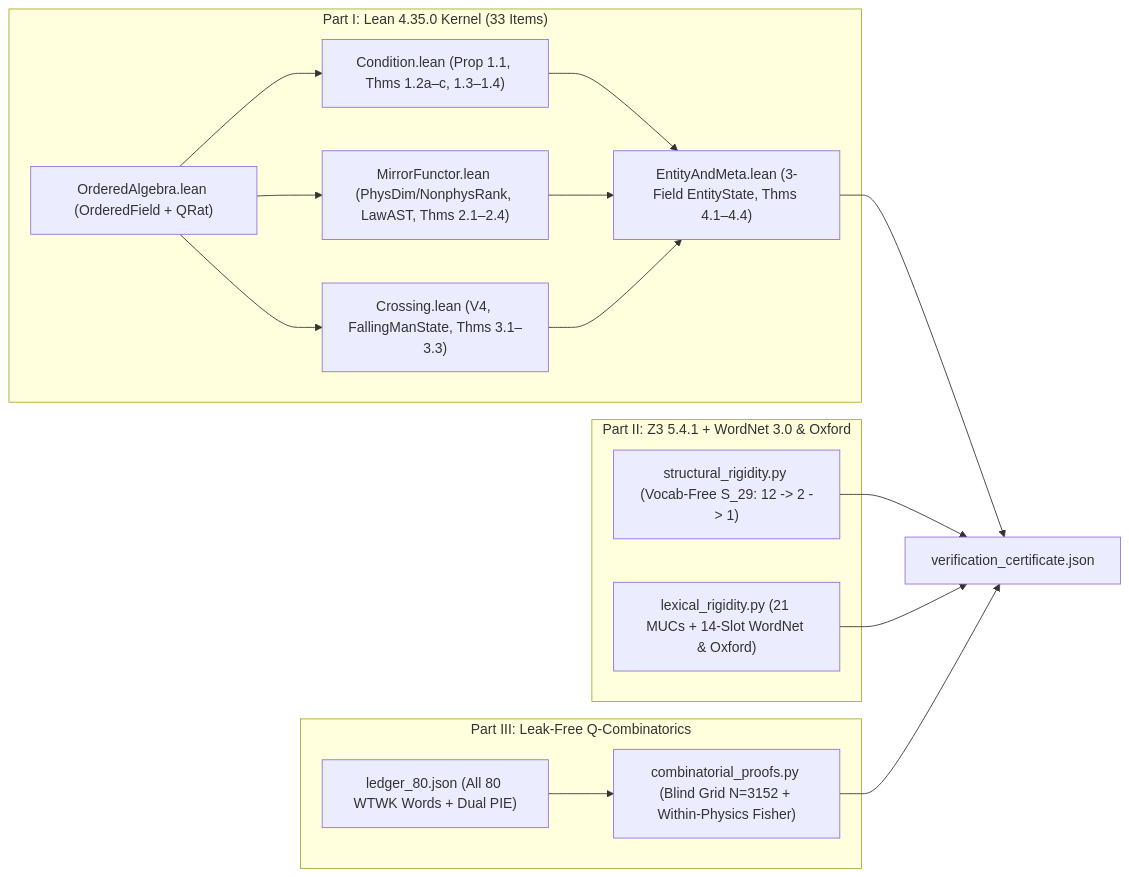
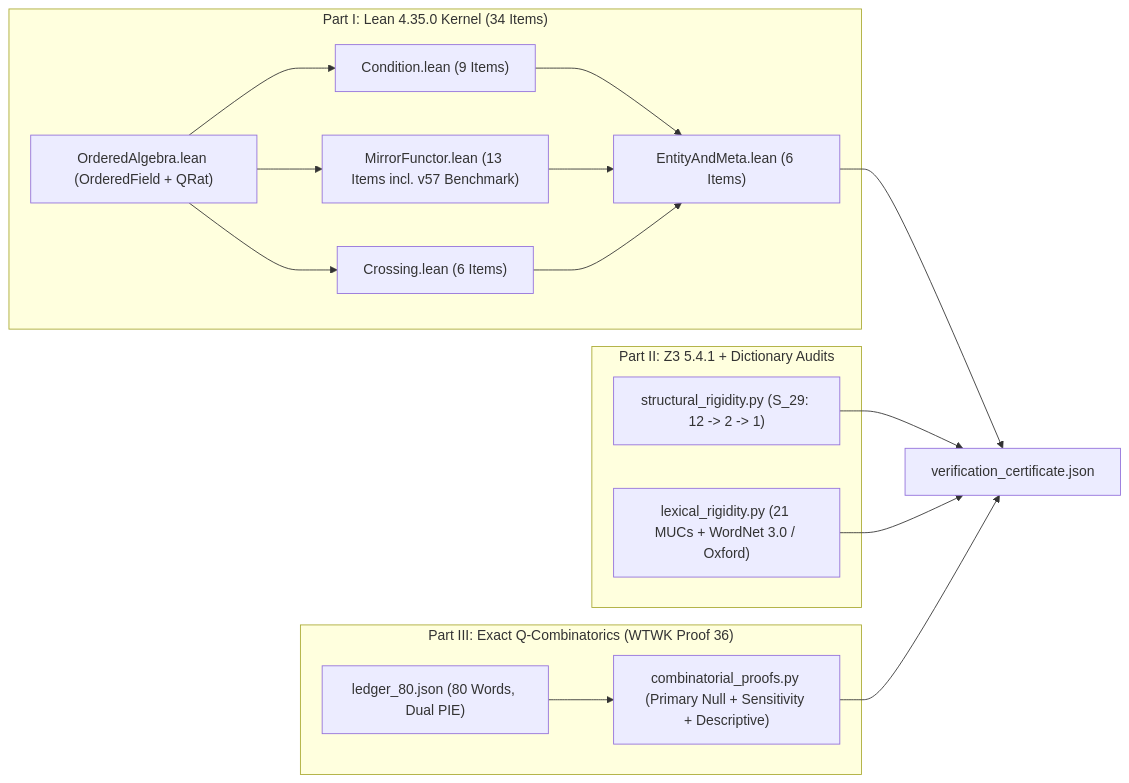
One commit to njfio/tsr changed the diagram in proof/PROOF.md. Above: the diagram before and after it, drawn with Mermaid. The commit also changed other lines of this file and 14 other files, not shown here.

````diff
--- a/proof/PROOF.md
+++ b/proof/PROOF.md
@@ -36,21 +34,21 @@
 ```mermaid
 flowchart LR
-    subgraph P1["Part I: Lean 4.35.0 Kernel (33 Items)"]
+    subgraph P1["Part I: Lean 4.35.0 Kernel (34 Items)"]
         OA["OrderedAlgebra.lean (OrderedField + QRat)"]
-        C1["Condition.lean (Prop 1.1, Thms 1.2a–c, 1.3–1.4)"]
-        C2["MirrorFunctor.lean (PhysDim/NonphysRank, LawAST, Thms 2.1–2.4)"]
-        C3["Crossing.lean (V4, FallingManState, Thms 3.1–3.3)"]
-        C4["EntityAndMeta.lean (3-Field EntityState, Thms 4.1–4.4)"]
+        C1["Condition.lean (9 Items)"]
+        C2["MirrorFunctor.lean (13 Items incl. v57 Benchmark)"]
+        C3["Crossing.lean (6 Items)"]
+        C4["EntityAndMeta.lean (6 Items)"]
         OA --> C1 & C2 & C3 --> C4
     end
-    subgraph P2["Part II: Z3 5.4.1 + WordNet 3.0 & Oxford"]
-        Z1["structural_rigidity.py (Vocab-Free S_29: 12 -> 2 -> 1)"]
-        Z2["lexical_rigidity.py (21 MUCs + 14-Slot WordNet & Oxford)"]
+    subgraph P2["Part II: Z3 5.4.1 + Dictionary Audits"]
+        Z1["structural_rigidity.py (S_29: 12 -> 2 -> 1)"]
+        Z2["lexical_rigidity.py (21 MUCs + WordNet 3.0 / Oxford)"]
     end
-    subgraph P3["Part III: Leak-Free Q-Combinatorics"]
-        L80["ledger_80.json (All 80 WTWK Words + Dual PIE)"]
-        E1["combinatorial_proofs.py (Blind Grid N=3152 + Within-Physics Fisher)"]
+    subgraph P3["Part III: Exact Q-Combinatorics (WTWK Proof 36)"]
+        L80["ledger_80.json (80 Words, Dual PIE)"]
+        E1["combinatorial_proofs.py (Primary Null + Sensitivity + Descriptive)"]
         L80 --> E1
     end
     C4 & Z1 & Z2 & E1 --> CERT["verification_certificate.json"]
 ```
````
